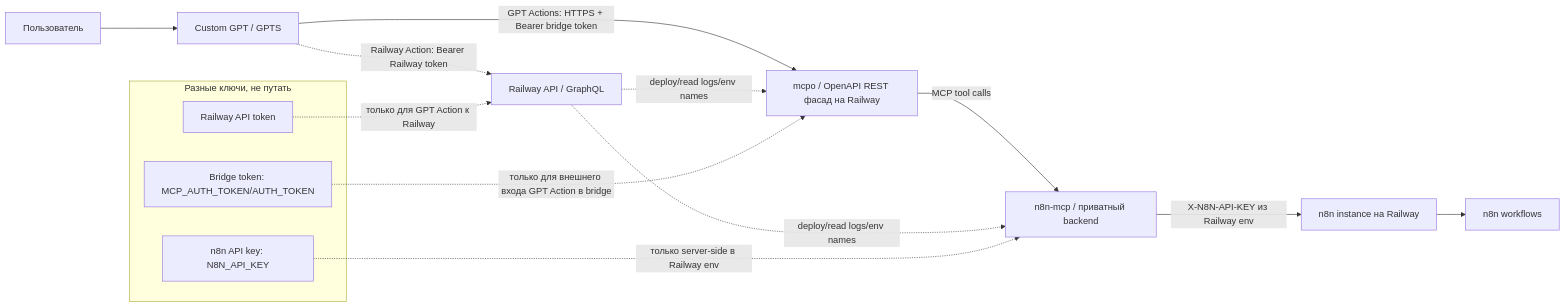
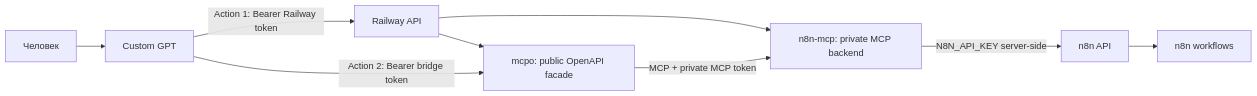
One commit to n0namer/lessons-chatgpt-as-remote-control changed the diagram in ChatGPT как пульт-управления/README.md. Above: the diagram before and after it, drawn with Mermaid. The commit also changed other lines of this file, not shown here.

````diff
--- a/ChatGPT как пульт-управления/README.md
+++ b/ChatGPT как пульт-управления/README.md
@@ -17,22 +7,11 @@
 ```mermaid
 flowchart LR
-    U[Пользователь] --> GPT[Custom GPT / GPTS]
-    GPT -->|GPT Actions: HTTPS + Bearer bridge token| MCPO[mcpo / OpenAPI REST фасад на Railway]
-    MCPO -->|MCP tool calls| N8NMCP[n8n-mcp / приватный backend]
-    N8NMCP -->|X-N8N-API-KEY из Railway env| N8N[n8n instance на Railway]
-    N8N --> WF[n8n workflows]
-
-    GPT -. Railway Action: Bearer Railway token .-> RAILWAY[Railway API / GraphQL]
-    RAILWAY -. deploy/read logs/env names .-> MCPO
-    RAILWAY -. deploy/read logs/env names .-> N8NMCP
-
-    subgraph Secrets[Разные ключи, не путать]
-      RK[Railway API token]
-      BT[Bridge token: MCP_AUTH_TOKEN/AUTH_TOKEN]
-      NK[n8n API key: N8N_API_KEY]
-    end
-
-    RK -. только для GPT Action к Railway .-> RAILWAY
-    BT -. только для внешнего входа GPT Action в bridge .-> MCPO
-    NK -. только server-side в Railway env .-> N8NMCP
+  U[Человек] --> GPT[Custom GPT]
+  GPT -->|Action 1: Bearer Railway token| R[Railway API]
+  R --> N8NMCP[n8n-mcp: private MCP backend]
+  R --> MCPO[mcpo: public OpenAPI facade]
+  GPT -->|Action 2: Bearer bridge token| MCPO
+  MCPO -->|MCP + private MCP token| N8NMCP
+  N8NMCP -->|N8N_API_KEY server-side| N8N[n8n API]
+  N8N --> WF[n8n workflows]
 ```
````
